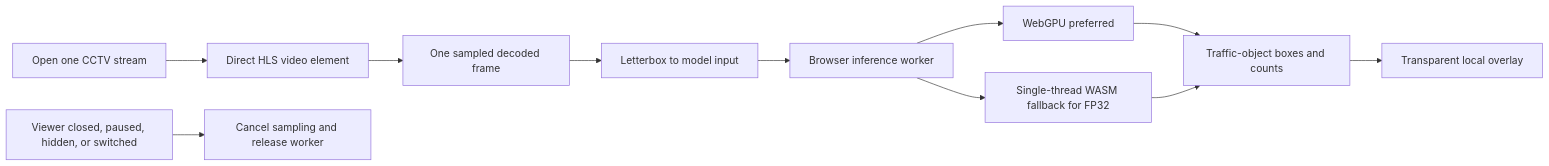
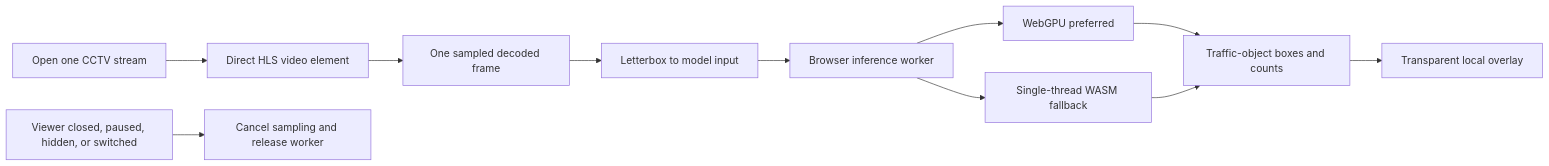
One commit to said-rasidin/jakarta-cctv-map changed the second of 2 diagrams in README.md. Above: the diagram before and after it, drawn with Mermaid. The commit also changed other lines of this file and 9 other files, not shown here.

````diff
--- a/README.md
+++ b/README.md
@@ -95,13 +95,13 @@
 ```mermaid
 flowchart LR
     A[Open one CCTV stream] --> B[Direct HLS video element]
     B --> C[One sampled decoded frame]
     C --> D[Letterbox to model input]
     D --> E[Browser inference worker]
     E --> F[WebGPU preferred]
-    E --> G[Single-thread WASM fallback for FP32]
+    E --> G[Single-thread WASM fallback]
     F --> H[Traffic-object boxes and counts]
     G --> H
     H --> I[Transparent local overlay]
     J[Viewer closed, paused, hidden, or switched] --> K[Cancel sampling and release worker]
 ```
````
